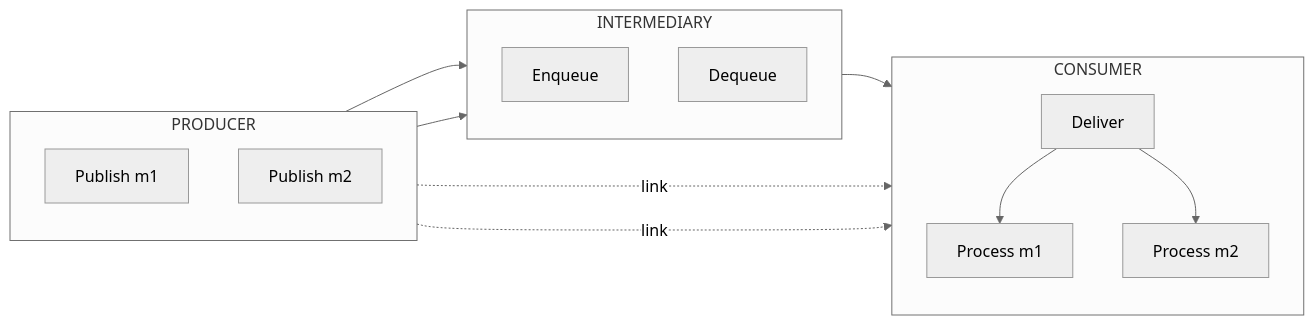
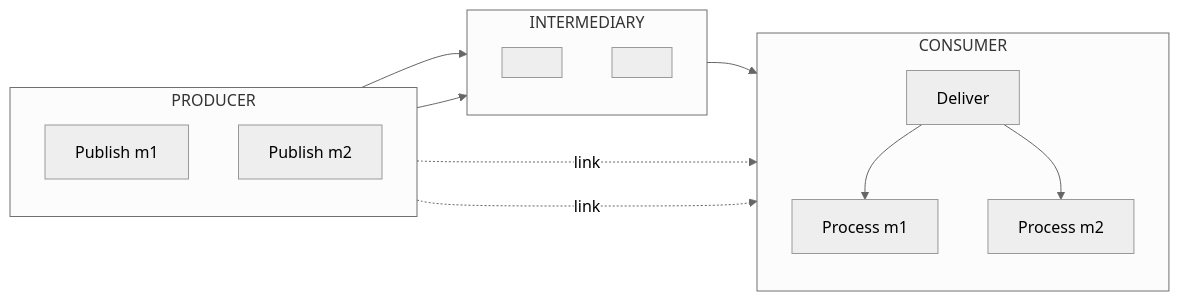
Before and after one commit to open-telemetry/oteps: diagram 11 of 11 in text/trace/0220-messaging-semantic-conventions-span-structure.md, drawn with Mermaid (neutral theme). The commit also changed other lines of this file, not shown here.

Commit message:
PR comments

````diff
--- a/text/trace/0220-messaging-semantic-conventions-span-structure.md
+++ b/text/trace/0220-messaging-semantic-conventions-span-structure.md
@@ -460,23 +462,23 @@
 ```mermaid
 flowchart LR;
   subgraph PRODUCER
   direction TB
   PM1[Publish m1]
   PM2[Publish m2]
   end
   subgraph INTERMEDIARY
   direction TB
-  EQ[Enqueue]
-  DQ[Dequeue]
+  EQ[       ]
+  DQ[       ]
   end
   subgraph CONSUMER
   direction TB
   D[Deliver]-->PRM1[Process m1]
   D-->PRM2[Process m2]
   end
   PM1-. link .->D;
   PM2-. link .->D;
   PM1-->EQ;
   PM2-->EQ;
   DQ-->D;
 ```
````
